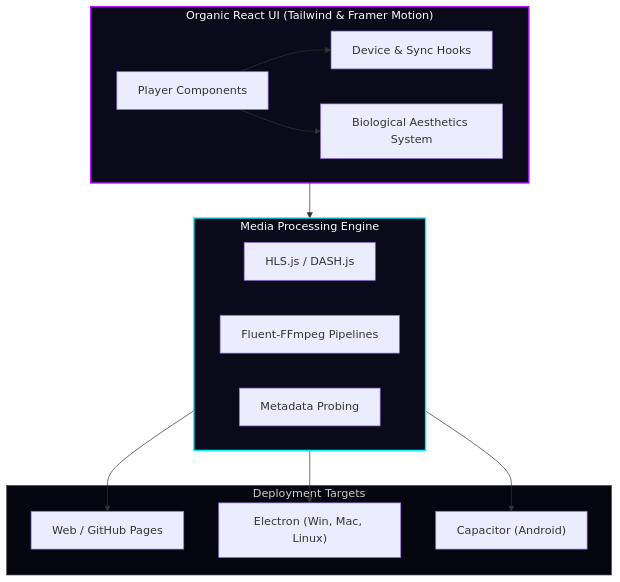
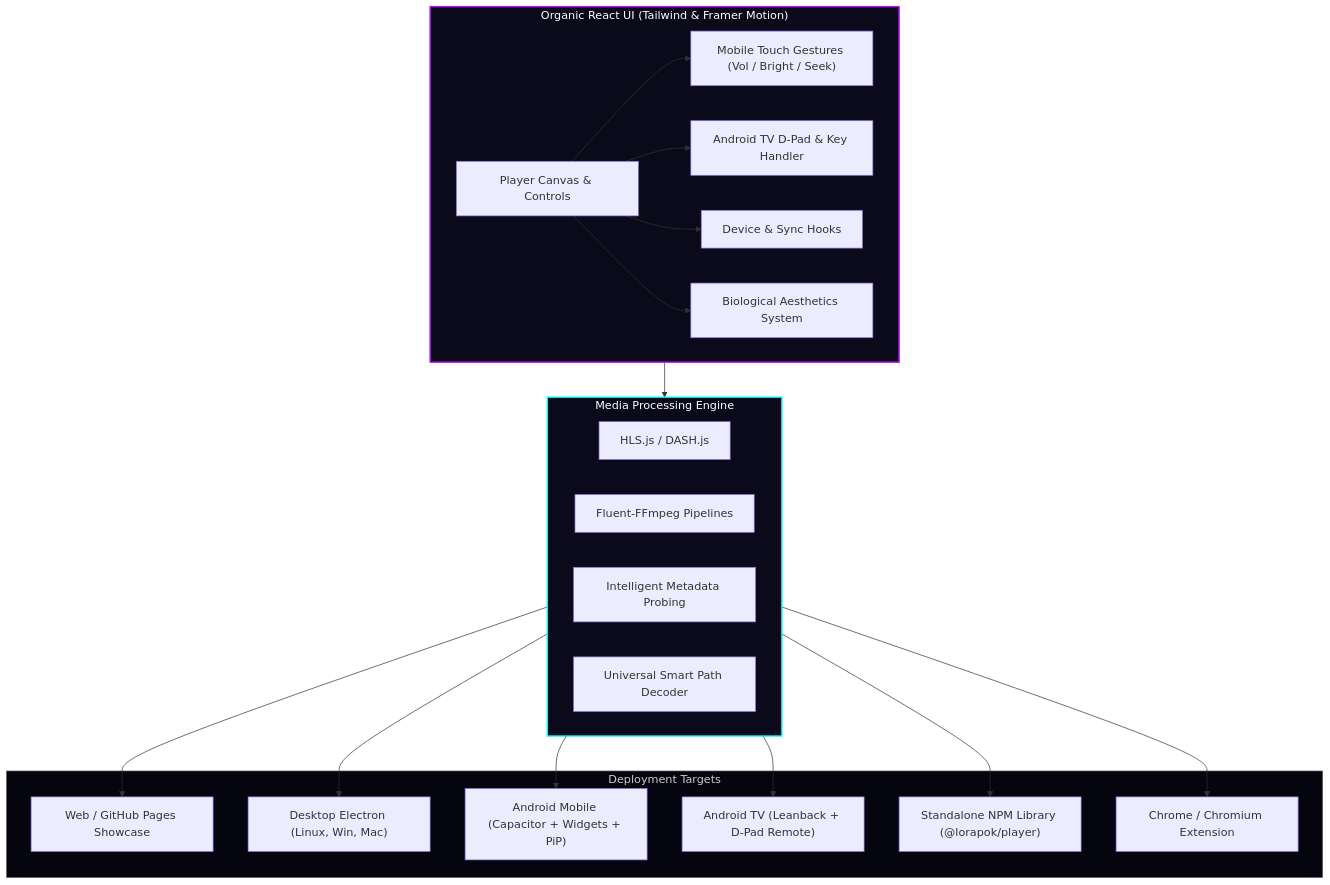
The diagram in README.md (Maijied/Lorapok_Media_Player), drawn with Mermaid before and after one commit. The commit also changed other lines of this file and 39 other files, not shown here.

Commit message:
feat: release v1.5.0 with full-screen Android TV/mobile gestures, dynamic website downloads & test media suite

````diff
--- a/README.md
+++ b/README.md
@@ -51,37 +51,48 @@
 ```mermaid
 graph TD
     %% Styling
     classDef ui fill:#0a0a1a,stroke:#BC13FE,stroke-width:2px,color:#fff;
     classDef engine fill:#0a0a1a,stroke:#00F3FF,stroke-width:2px,color:#fff;
     classDef platform fill:#050510,stroke:#555,stroke-width:1px,color:#ccc;
     
     subgraph UI ["Organic React UI (Tailwind & Framer Motion)"]
-        Components["Player Components"]
+        Components["Player Canvas & Controls"]
+        TouchGestures["Mobile Touch Gestures (Vol / Bright / Seek)"]
+        DPad["Android TV D-Pad & Key Handler"]
         Hooks["Device & Sync Hooks"]
         Themes["Biological Aesthetics System"]
     end
     
     subgraph Engine ["Media Processing Engine"]
         HLS["HLS.js / DASH.js"]
         FFmpeg["Fluent-FFmpeg Pipelines"]
-        Probe["Metadata Probing"]
+        Probe["Intelligent Metadata Probing"]
+        SmartDec["Universal Smart Path Decoder"]
     end
     
     subgraph Platforms ["Deployment Targets"]
-        Web["Web / GitHub Pages"]
-        Desktop["Electron (Win, Mac, Linux)"]
-        Mobile["Capacitor (Android)"]
+        Web["Web / GitHub Pages Showcase"]
+        Desktop["Desktop Electron (Linux, Win, Mac)"]
+        Mobile["Android Mobile (Capacitor + Widgets + PiP)"]
+        TV["Android TV (Leanback + D-Pad Remote)"]
+        NPM["Standalone NPM Library (@lorapok/player)"]
+        Ext["Chrome / Chromium Extension"]
     end
 
+    Components --> TouchGestures
+    Components --> DPad
     Components --> Hooks
     Components --> Themes
     UI --> Engine
     
     Engine --> Web
     Engine --> Desktop
     Engine --> Mobile
+    Engine --> TV
+    Engine --> NPM
+    Engine --> Ext
     
     class UI ui;
     class Engine engine;
     class Platforms platform;
 ```
````
